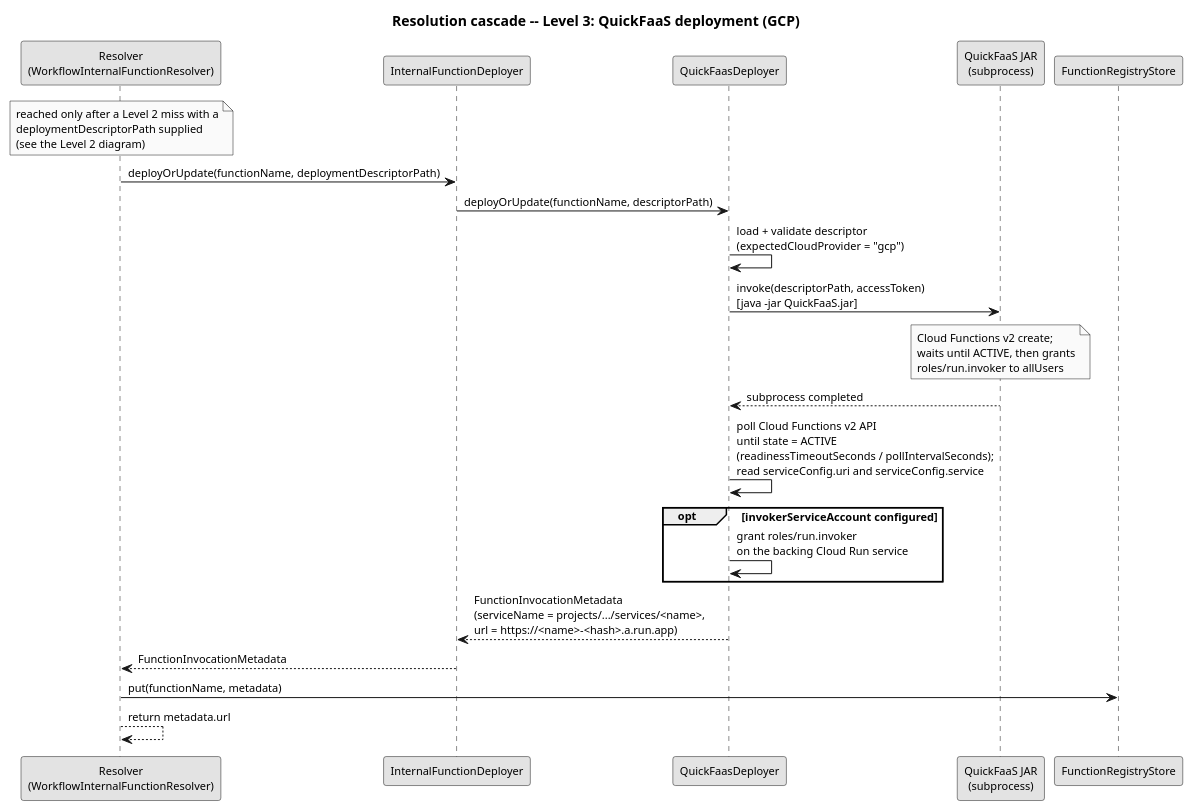
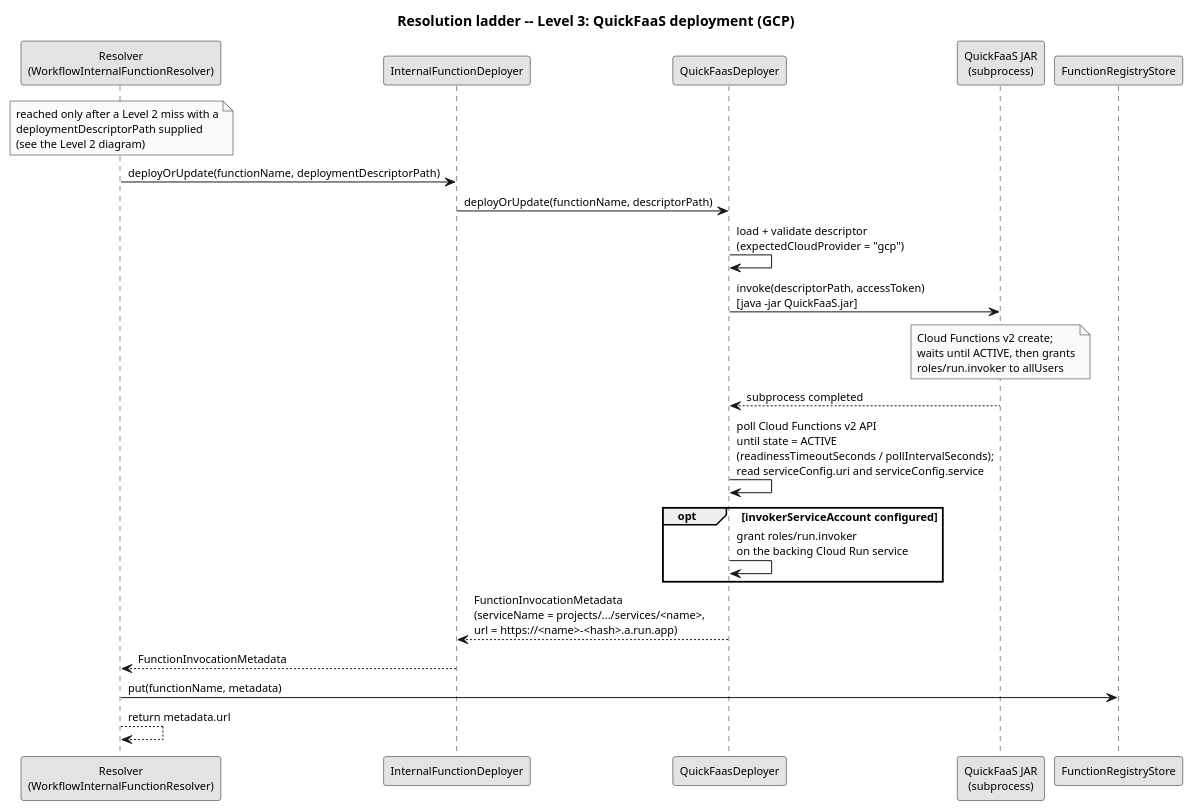
Before and after one commit to EngenheiroPedroCarvalho/ISEL-Thesis-2526: the diagram in diagrams/resolution-cascade-level3-gcp.puml, drawn with PlantUML. The commit also changed 40 other files, not shown here.

```diff
--- a/diagrams/resolution-cascade-level3-gcp.puml
+++ b/diagrams/resolution-cascade-level3-gcp.puml
@@ -1,38 +1,38 @@
 @startuml resolution-cascade-level3-gcp
 skinparam monochrome true
 skinparam shadowing false
 skinparam defaultFontSize 11
-title Resolution cascade -- Level 3: QuickFaaS deployment (GCP)
+title Resolution ladder -- Level 3: QuickFaaS deployment (GCP)
 
 participant "Resolver\n(WorkflowInternalFunctionResolver)" as R
 participant "InternalFunctionDeployer" as D
 participant "QuickFaasDeployer" as QFD
 participant "QuickFaaS JAR\n(subprocess)" as QF
 participant "FunctionRegistryStore" as REG
 
 note over R
   reached only after a Level 2 miss with a
   deploymentDescriptorPath supplied
   (see the Level 2 diagram)
 end note
 
 R -> D : deployOrUpdate(functionName, deploymentDescriptorPath)
 D -> QFD : deployOrUpdate(functionName, descriptorPath)
 QFD -> QFD : load + validate descriptor\n(expectedCloudProvider = "gcp")
 QFD -> QF : invoke(descriptorPath, accessToken)\n[java -jar QuickFaaS.jar]
 note over QF
   Cloud Functions v2 create;
   waits until ACTIVE, then grants
   roles/run.invoker to allUsers
 end note
 QF --> QFD : subprocess completed
 QFD -> QFD : poll Cloud Functions v2 API\nuntil state = ACTIVE\n(readinessTimeoutSeconds / pollIntervalSeconds);\nread serviceConfig.uri and serviceConfig.service
 opt invokerServiceAccount configured
   QFD -> QFD : grant roles/run.invoker\non the backing Cloud Run service
 end
 QFD --> D : FunctionInvocationMetadata\n(serviceName = projects/.../services/<name>,\nurl = https://<name>-<hash>.a.run.app)
 
 D --> R : FunctionInvocationMetadata
 R -> REG : put(functionName, metadata)
 R --> R : return metadata.url
 @enduml
```
